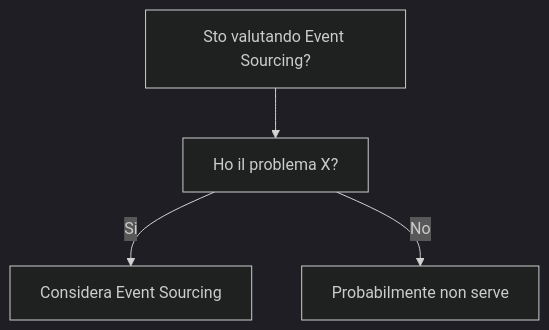
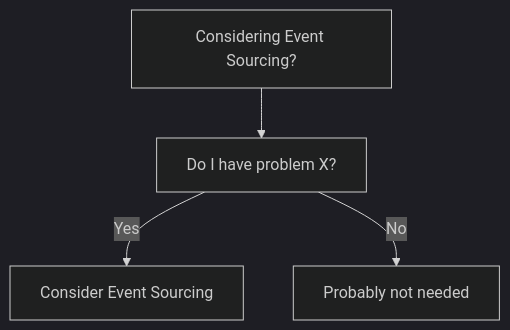
One commit to HxT9/Software-Dev-Wiki changed the diagram in dev-wiki/02_Architecture/Event_Sourcing/When_To_Use.md. Above: the diagram before and after it, drawn with Mermaid (dark theme). The commit also changed other lines of this file and 3444 other files, not shown here.

````diff
--- a/dev-wiki/02_Architecture/Event_Sourcing/When_To_Use.md
+++ b/dev-wiki/02_Architecture/Event_Sourcing/When_To_Use.md
@@ -19,6 +19,6 @@
 ```mermaid
 flowchart TD
-  Q[Sto valutando Event Sourcing?] --> Q1[Ho il problema X?]
-  Q1 -->|Si| OK[Considera Event Sourcing]
-  Q1 -->|No| NO[Probabilmente non serve]
+  Q[Considering Event Sourcing?] --> Q1[Do I have problem X?]
+  Q1 -->|Yes| OK[Consider Event Sourcing]
+  Q1 -->|No| NO[Probably not needed]
 ```
````
